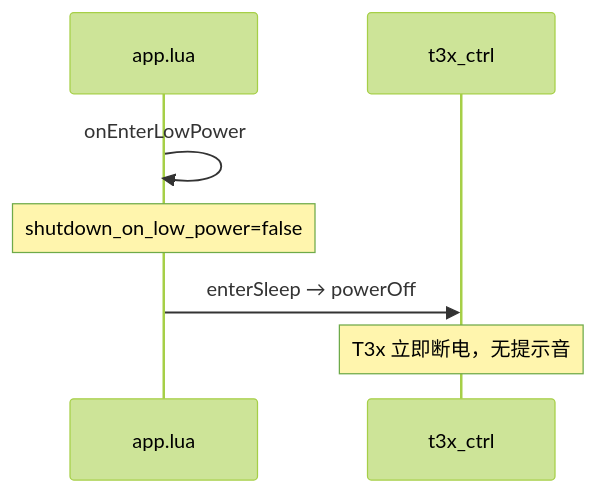
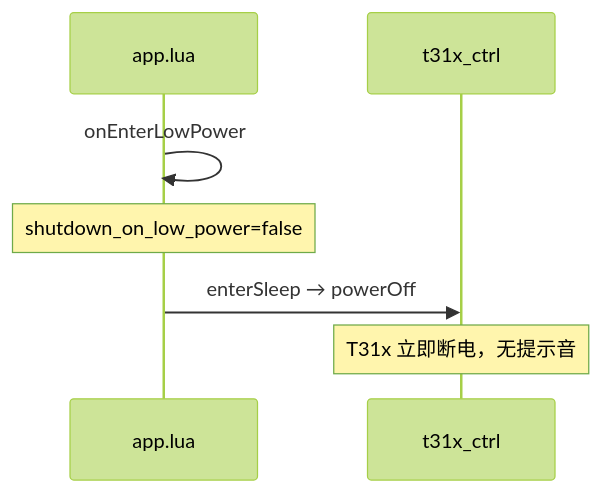
The fourth of 5 diagrams in doc/BOOT_SHUTDOWN_SOUND.md (dzr1986/AIR780EHM), drawn with Mermaid (forest theme) before and after one commit. The commit also changed other lines of this file and 402 other files, not shown here.

````diff
--- a/doc/BOOT_SHUTDOWN_SOUND.md
+++ b/doc/BOOT_SHUTDOWN_SOUND.md
@@ -250,10 +250,10 @@
 ```mermaid
 sequenceDiagram
     participant A as app.lua
-    participant T as t3x_ctrl
+    participant T as t31x_ctrl
 
     A->>A: onEnterLowPower
     Note over A: shutdown_on_low_power=false
     A->>T: enterSleep → powerOff
-    Note over T: T3x 立即断电，无提示音
+    Note over T: T31x 立即断电，无提示音
 ```
````
